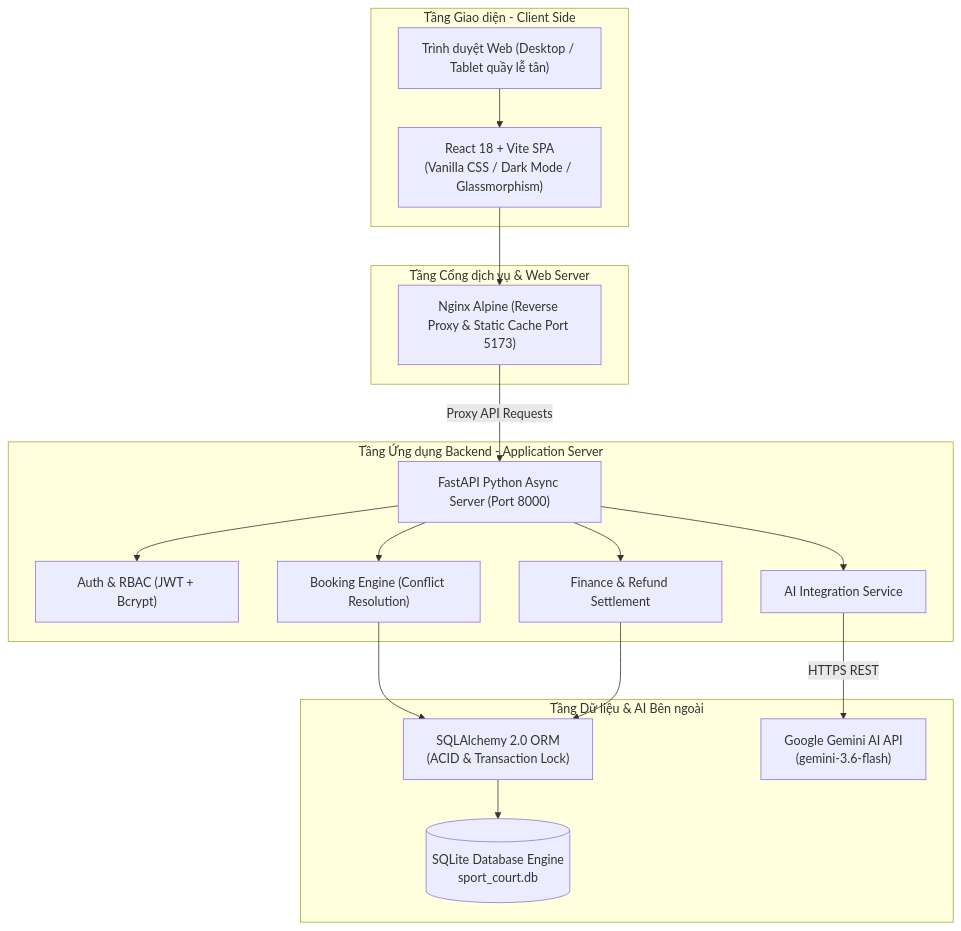
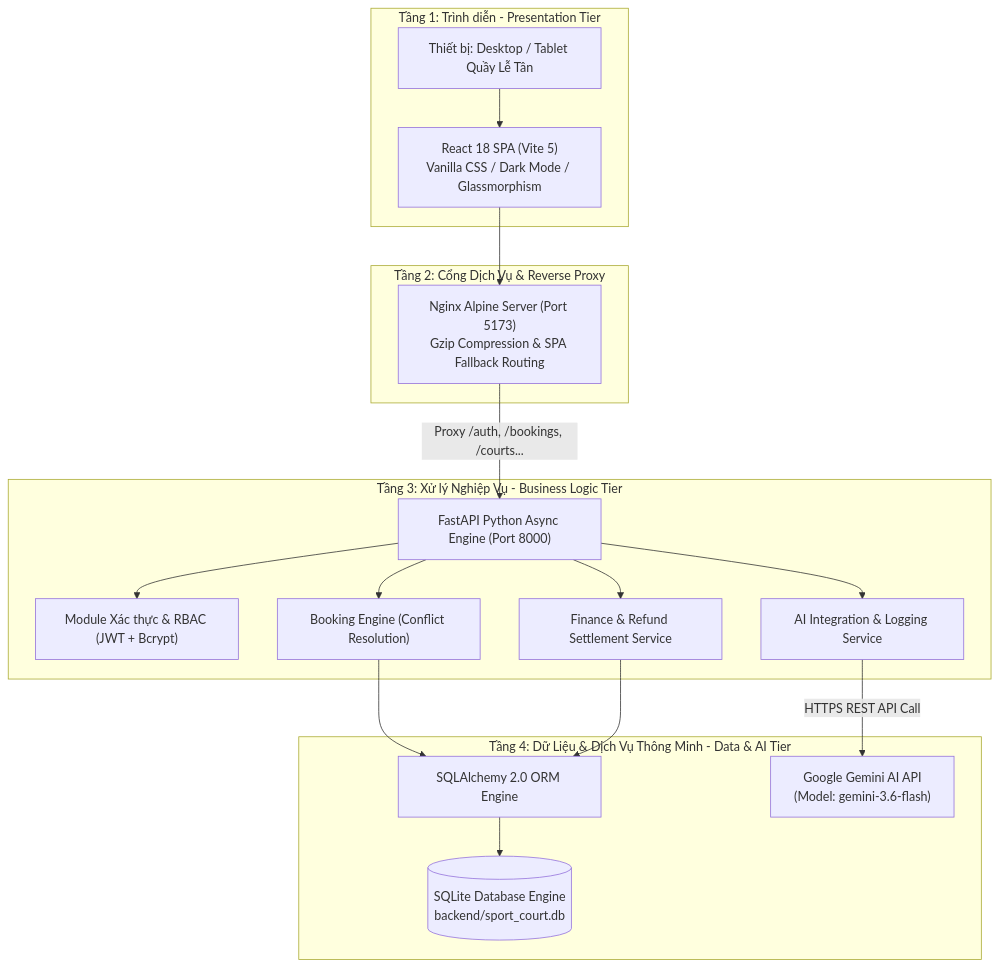
Before and after one commit to dtc245180183-blip/DTC245180183-sportbooking-ai: the second of 6 diagrams in README.md, drawn with Mermaid. The commit also changed other lines of this file and 12 other files, not shown here.

````diff
--- a/README.md
+++ b/README.md
@@ -98,38 +223,38 @@
 ```mermaid
 graph TB
-    subgraph ClientLayer [Tầng Giao diện - Client Side]
-        Browser["Trình duyệt Web (Desktop / Tablet quầy lễ tân)"]
-        ReactApp["React 18 + Vite SPA\n(Vanilla CSS / Dark Mode / Glassmorphism)"]
-        Browser --> ReactApp
+    subgraph Tier1 [Tầng 1: Trình diễn - Presentation Tier]
+        UI["React 18 SPA (Vite 5)\nVanilla CSS / Dark Mode / Glassmorphism"]
+        ClientDevices["Thiết bị: Desktop / Tablet Quầy Lễ Tân"]
+        ClientDevices --> UI
     end
 
-    subgraph GatewayLayer [Tầng Cổng dịch vụ & Web Server]
-        Nginx["Nginx Alpine (Reverse Proxy & Static Cache Port 5173)"]
-        ReactApp --> Nginx
+    subgraph Tier2 [Tầng 2: Cổng Dịch Vụ & Reverse Proxy]
+        NginxProxy["Nginx Alpine Server (Port 5173)\nGzip Compression & SPA Fallback Routing"]
+        UI --> NginxProxy
     end
 
-    subgraph ServiceLayer [Tầng Ứng dụng Backend - Application Server]
-        FastAPI["FastAPI Python Async Server (Port 8000)"]
-        AuthModule["Auth & RBAC (JWT + Bcrypt)"]
+    subgraph Tier3 [Tầng 3: Xử lý Nghiệp Vụ - Business Logic Tier]
+        FastAPIServer["FastAPI Python Async Engine (Port 8000)"]
+        AuthService["Module Xác thực & RBAC (JWT + Bcrypt)"]
         BookingEngine["Booking Engine (Conflict Resolution)"]
-        FinanceModule["Finance & Refund Settlement"]
-        AIService["AI Integration Service"]
-        
-        Nginx -->|Proxy API Requests| FastAPI
-        FastAPI --> AuthModule
-        FastAPI --> BookingEngine
-        FastAPI --> FinanceModule
-        FastAPI --> AIService
+        FinanceService["Finance & Refund Settlement Service"]
+        AILogService["AI Integration & Logging Service"]
+
+        NginxProxy -->|Proxy /auth, /bookings, /courts...| FastAPIServer
+        FastAPIServer --> AuthService
+        FastAPIServer --> BookingEngine
+        FastAPIServer --> FinanceService
+        FastAPIServer --> AILogService
     end
 
-    subgraph DataLayer [Tầng Dữ liệu & AI Bên ngoài]
-        SQLite[(SQLite Database Engine\nsport_court.db)]
-        SQLAlchemy["SQLAlchemy 2.0 ORM\n(ACID & Transaction Lock)"]
-        GeminiAPI["Google Gemini AI API\n(gemini-3.6-flash)"]
-        
-        BookingEngine --> SQLAlchemy
-        FinanceModule --> SQLAlchemy
-        SQLAlchemy --> SQLite
-        AIService -->|HTTPS REST| GeminiAPI
+    subgraph Tier4 [Tầng 4: Dữ Liệu & Dịch Vụ Thông Minh - Data & AI Tier]
+        SQLAlchemyORM["SQLAlchemy 2.0 ORM Engine"]
+        SQLiteDB[(SQLite Database Engine\nbackend/sport_court.db)]
+        GoogleGemini["Google Gemini AI API\n(Model: gemini-3.6-flash)"]
+
+        BookingEngine --> SQLAlchemyORM
+        FinanceService --> SQLAlchemyORM
+        SQLAlchemyORM --> SQLiteDB
+        AILogService -->|HTTPS REST API Call| GoogleGemini
     end
 ```
````
